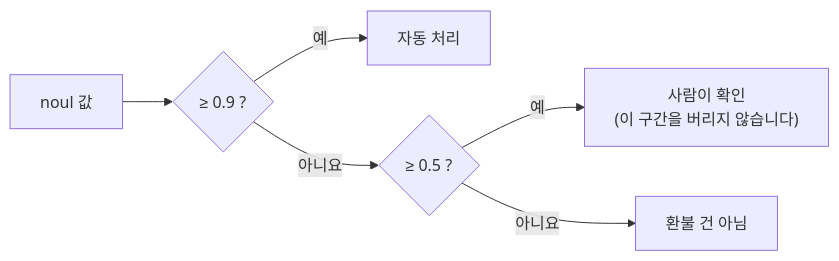
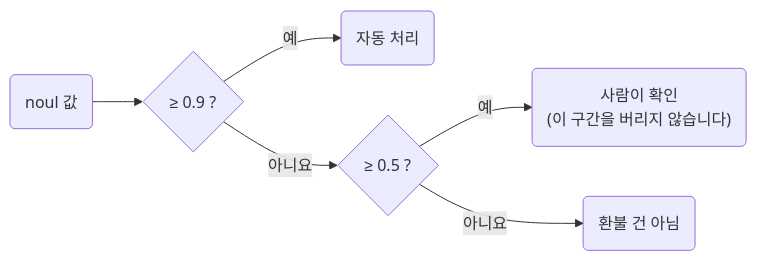
The second of 2 diagrams in docs/trends/posts/2026-10-18-jev-primitives.md (seujung/ai-research), drawn with Mermaid before and after one commit. The commit also changed other lines of this file and 176 other files, not shown here.

````diff
--- a/docs/trends/posts/2026-10-18-jev-primitives.md
+++ b/docs/trends/posts/2026-10-18-jev-primitives.md
@@ -200,8 +200,8 @@
 ```mermaid
 flowchart LR
-    N["noul 값"] --> A{"≥ 0.9 ?"}
-    A -- 예 --> AUTO["자동 처리"]
+    N("noul 값") --> A{"≥ 0.9 ?"}
+    A -- 예 --> AUTO("자동 처리")
     A -- 아니요 --> B{"≥ 0.5 ?"}
-    B -- 예 --> HUMAN["사람이 확인<br/>(이 구간을 버리지 않습니다)"]
-    B -- 아니요 --> NO["환불 건 아님"]
+    B -- 예 --> HUMAN("사람이 확인<br/>(이 구간을 버리지 않습니다)")
+    B -- 아니요 --> NO("환불 건 아님")
 ```
````
